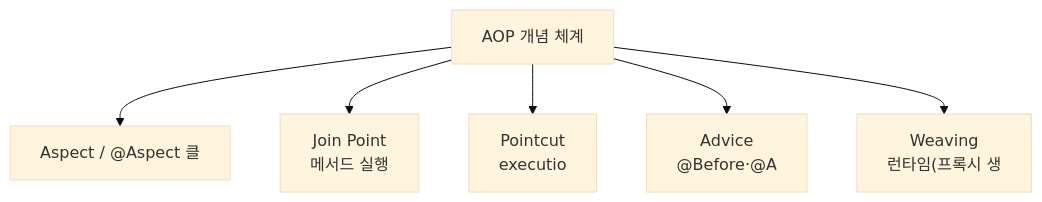
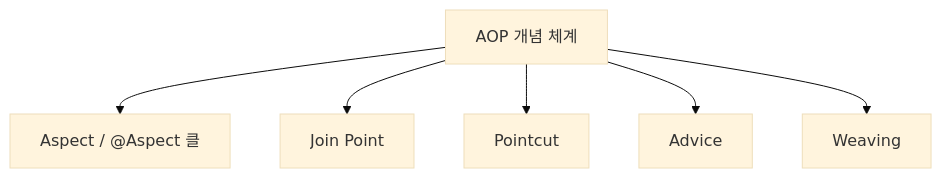
Before and after one commit to yjkim2015/yjkim2015.github.io: the fifth of 11 diagrams in _posts/spring/2026-05-02-spring-core-advanced.md, drawn with Mermaid (base theme). The commit also changed other lines of this file and 217 other files, not shown here.

First line of the commit message:
Mermaid 크기 수정: useMaxWidth:true + SVG max-width:100% + 라벨 축소

````diff
--- a/_posts/spring/2026-05-02-spring-core-advanced.md
+++ b/_posts/spring/2026-05-02-spring-core-advanced.md
@@ -294,8 +294,8 @@
 ```mermaid
 graph TD
     A["AOP 개념 체계"] --> B["Aspect / @Aspect 클"]
-    A --> C["Join Point\n메서드 실행"]
-    A --> D["Pointcut\nexecutio"]
-    A --> E["Advice\n@Before·@A"]
-    A --> F["Weaving\n런타임(프록시 생"]
+    A --> C["Join Point"]
+    A --> D["Pointcut"]
+    A --> E["Advice"]
+    A --> F["Weaving"]
 ```
````
